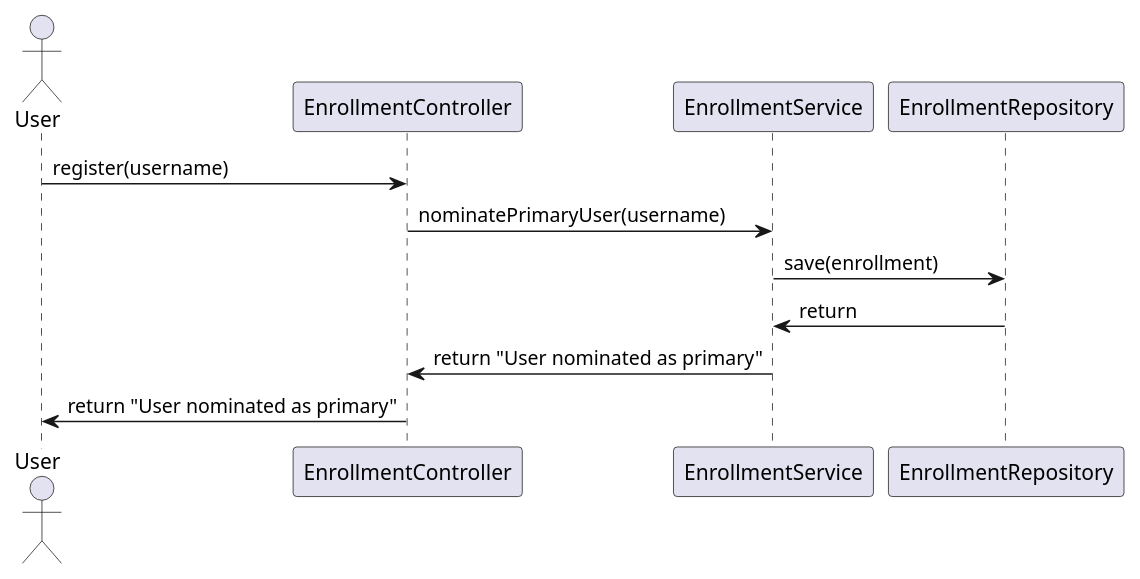
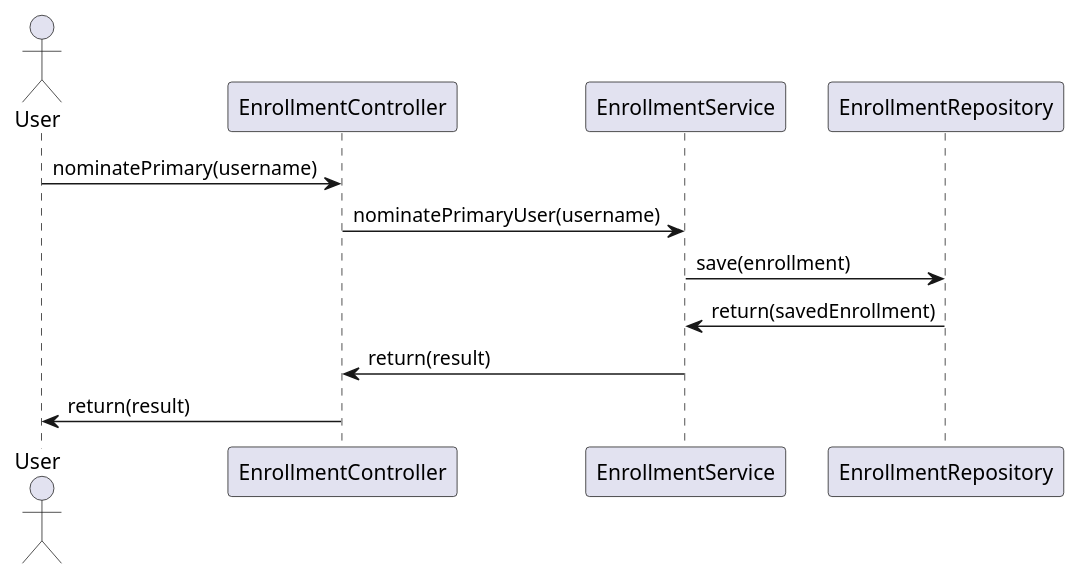
Before and after one commit to Dinesh-s95/AutoDoc.ai: the first of 4 diagrams in enrollment/documentation/detaileddesign.adoc, drawn with PlantUML. The commit also changed other lines of this file and 4 other files, not shown here.

```diff
--- a/enrollment/documentation/detaileddesign.adoc
+++ b/enrollment/documentation/detaileddesign.adoc
@@ -184,16 +106,16 @@
-[plantuml, user-registration-flow, png]
-----
+[plantuml, sequence-user-registration, png]
+....
 @startuml
-actor "User" as user
-participant "EnrollmentController" as controller
-participant "EnrollmentService" as service
-participant "EnrollmentRepository" as repo
+actor User
+participant "EnrollmentController" as EC
+participant "EnrollmentService" as ES
+participant "EnrollmentRepository" as ER
 
-user -> controller : register(username)
-controller -> service : nominatePrimaryUser(username)
-service -> repo : save(enrollment)
-repo -> service : return
-service -> controller : return "User nominated as primary"
-controller -> user : return "User nominated as primary"
+User -> EC : nominatePrimary(username)
+EC -> ES : nominatePrimaryUser(username)
+ES -> ER : save(enrollment)
+ER -> ES : return(savedEnrollment)
+ES -> EC : return(result)
+EC -> User : return(result)
 @enduml
-----
+....
```
